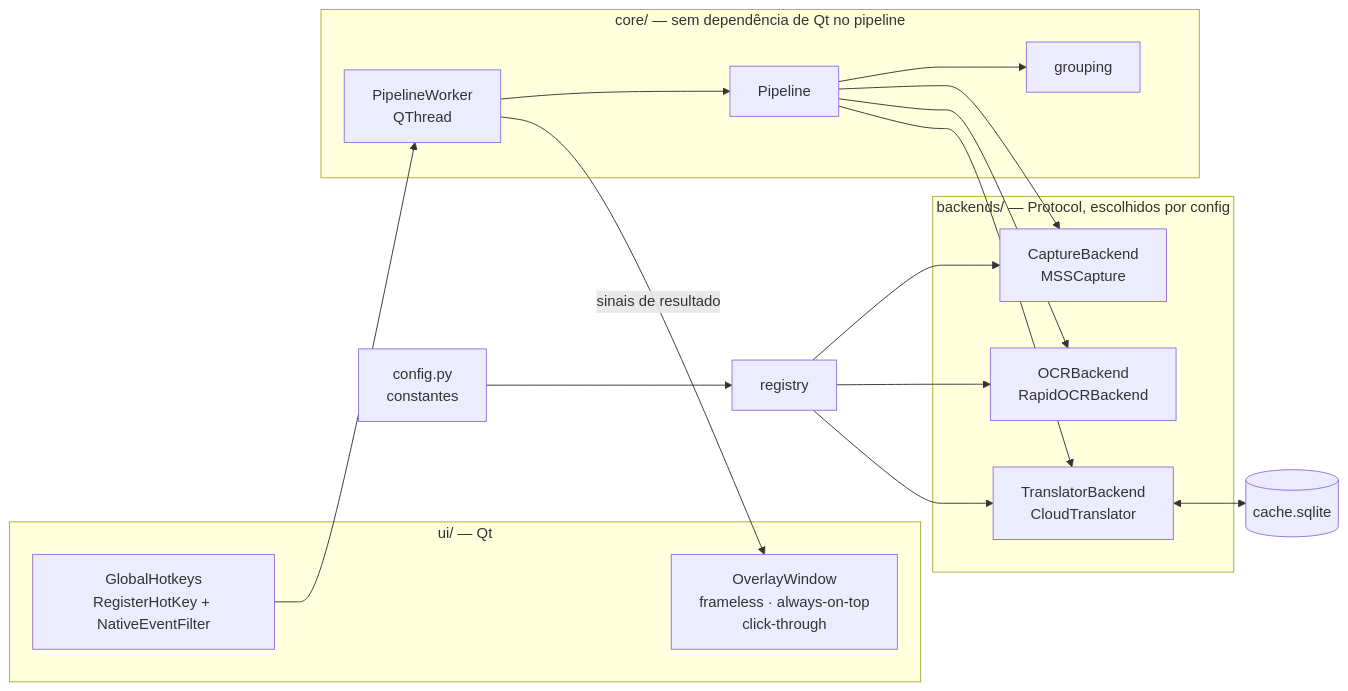
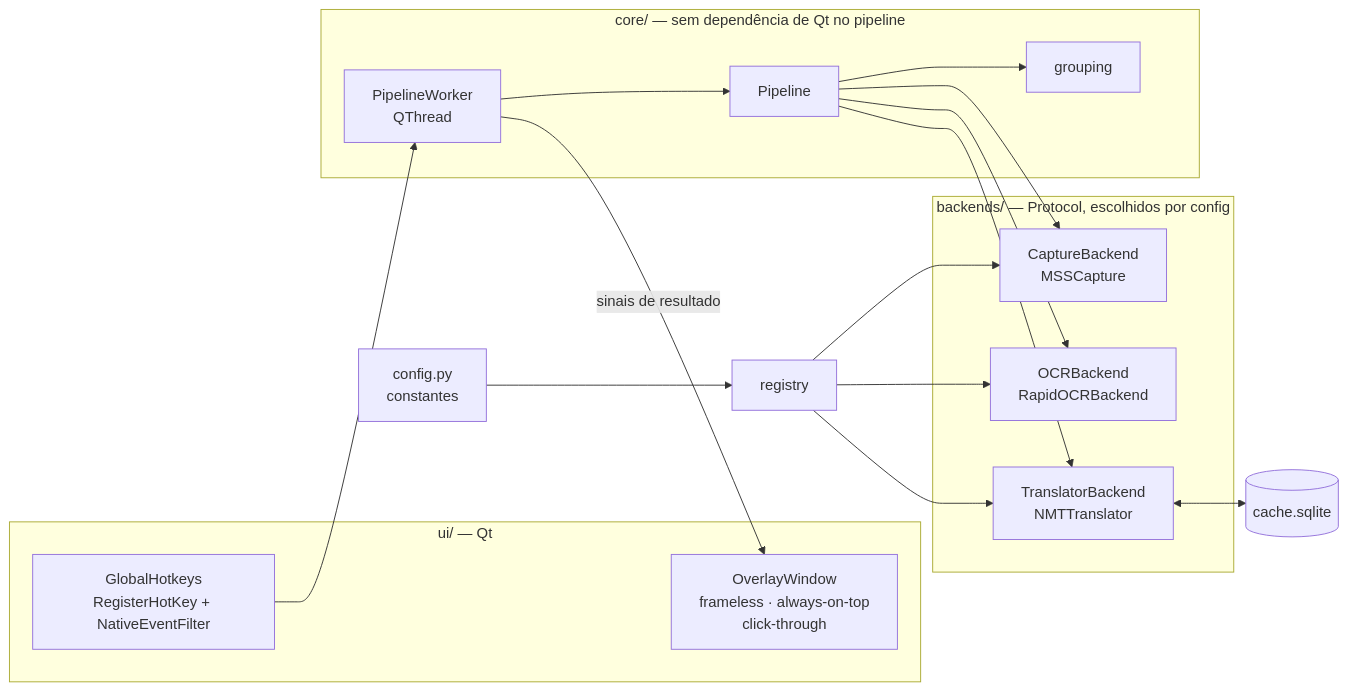
One commit to LiloMarino/TranslatorOCR changed the second of 2 diagrams in README.md. Above: the diagram before and after it, drawn with Mermaid. The commit also changed other lines of this file and 17 other files, not shown here.

````diff
--- a/README.md
+++ b/README.md
@@ -170,36 +168,36 @@
 ```mermaid
 flowchart LR
     subgraph ui["ui/ — Qt"]
         HOT["GlobalHotkeys<br/>RegisterHotKey + NativeEventFilter"]
         OVL["OverlayWindow<br/>frameless · always-on-top<br/>click-through"]
     end
 
     subgraph core["core/ — sem dependência de Qt no pipeline"]
         PIPE["Pipeline"]
         GRP["grouping"]
         WRK["PipelineWorker<br/>QThread"]
     end
 
     subgraph be["backends/ — Protocol, escolhidos por config"]
         B1["CaptureBackend<br/>MSSCapture"]
         B3["OCRBackend<br/>RapidOCRBackend"]
-        B4["TranslatorBackend<br/>CloudTranslator"]
+        B4["TranslatorBackend<br/>NMTTranslator"]
     end
 
     DB[("cache.sqlite")]
     CFG["config.py<br/>constantes"]
     REG["registry"]
 
     HOT --> WRK
     WRK --> PIPE
     PIPE --> GRP
     PIPE --> B1
     PIPE --> B3
     PIPE --> B4
     B4 <--> DB
     CFG --> REG
     REG --> B1
     REG --> B3
     REG --> B4
     WRK -->|"sinais de resultado"| OVL
 ```
````
